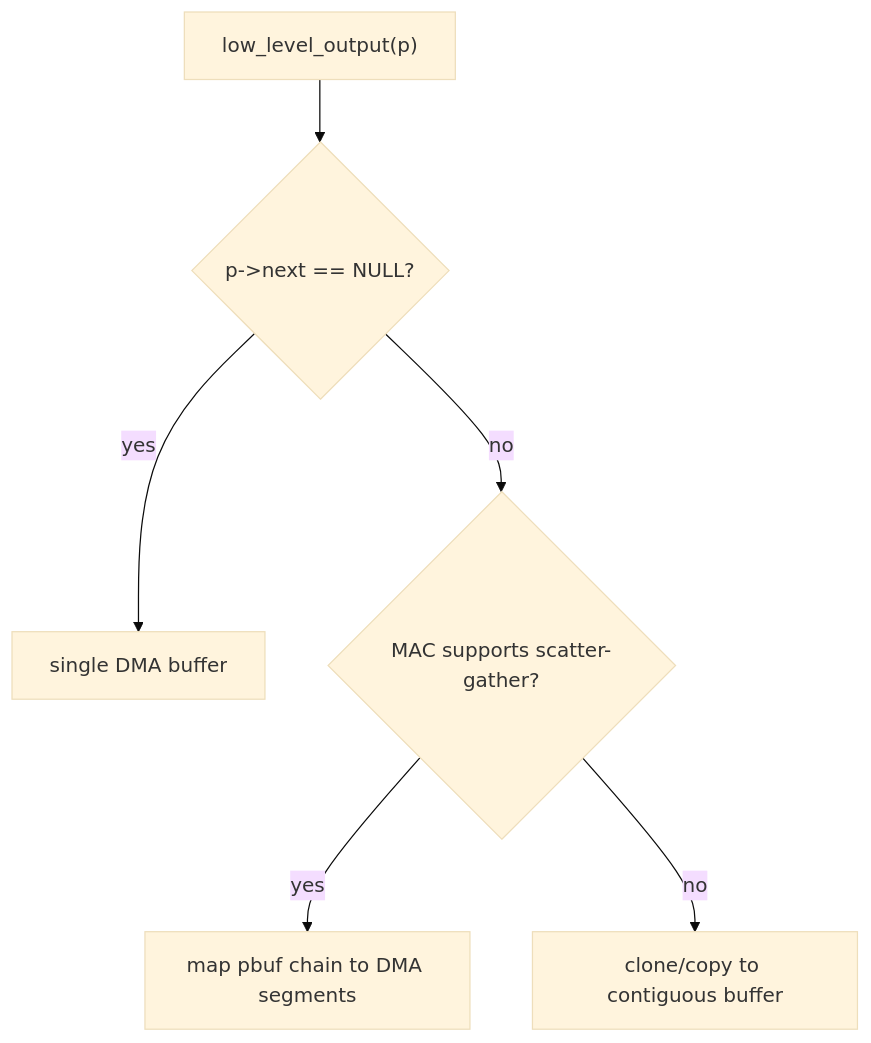
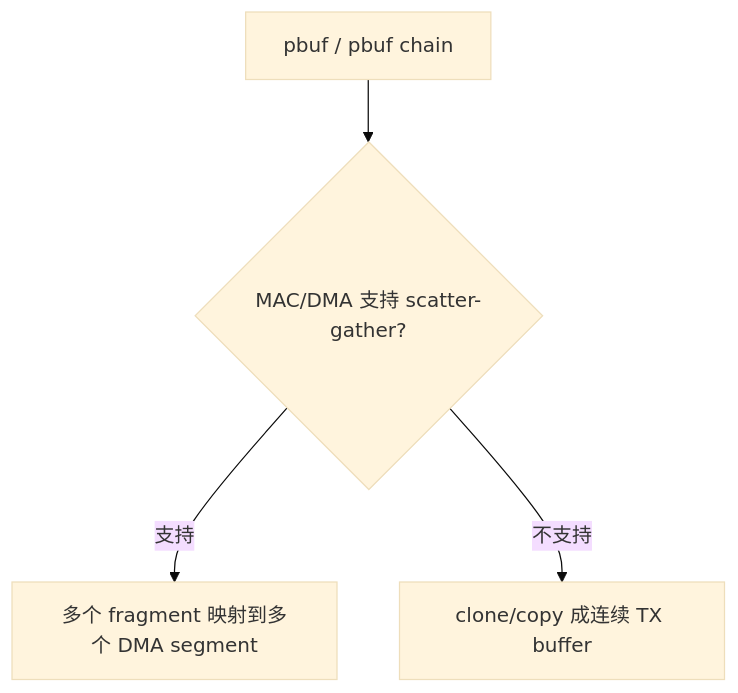
One commit to wdfk-prog/lwIP-Source-Lab changed the second of 5 diagrams in docs/20-ethernet-dma-zero-copy.md. Above: the diagram before and after it, drawn with Mermaid (base theme). The commit also changed other lines of this file and 49 other files, not shown here.

````diff
--- a/docs/20-ethernet-dma-zero-copy.md
+++ b/docs/20-ethernet-dma-zero-copy.md
@@ -125,8 +103,6 @@
 ```mermaid
 flowchart TD
-    A["low_level_output(p)"] --> B{"p->next == NULL?"}
-    B -- "yes" --> C["single DMA buffer"]
-    B -- "no" --> D{"MAC supports scatter-gather?"}
-    D -- "yes" --> E["map pbuf chain to DMA segments"]
-    D -- "no" --> F["clone/copy to contiguous buffer"]
+    A["pbuf / pbuf chain"] --> B{"MAC/DMA 支持 scatter-gather?"}
+    B -- "支持" --> C["多个 fragment 映射到多个 DMA segment"]
+    B -- "不支持" --> D["clone/copy 成连续 TX buffer"]
 ```
````
